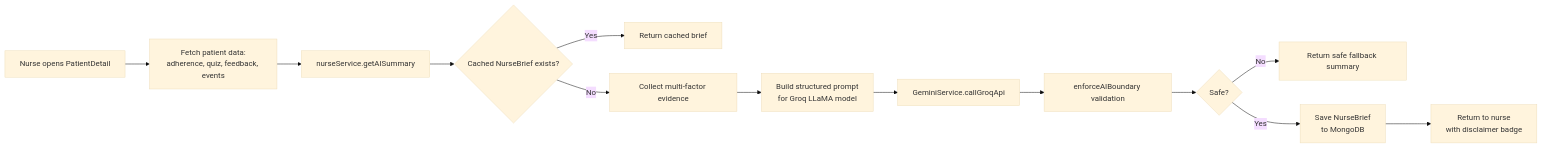
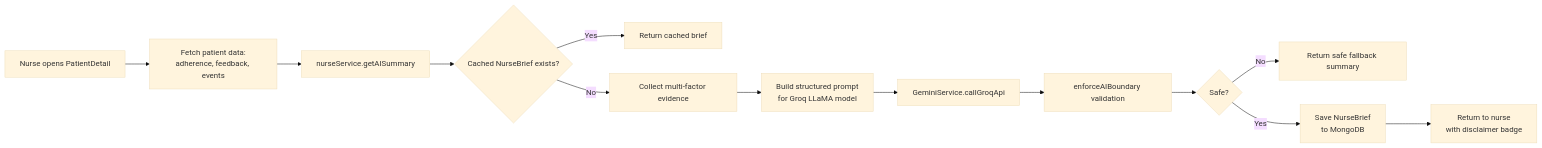
One commit to abhinavshankar17/MediBuddy changed the eighth of 9 diagrams in README.md. Above: the diagram before and after it, drawn with Mermaid (base theme). The commit also changed other lines of this file, not shown here.

````diff
--- a/README.md
+++ b/README.md
@@ -486,15 +445,15 @@
 ```mermaid
 flowchart LR
-    A[Nurse opens PatientDetail] --> B["Fetch patient data:\nadherence, quiz, feedback, events"]
+    A[Nurse opens PatientDetail] --> B["Fetch patient data:\nadherence, feedback, events"]
     B --> C[nurseService.getAISummary]
     C --> D{Cached NurseBrief exists?}
     D -- Yes --> E[Return cached brief]
     D -- No --> F[Collect multi-factor evidence]
     F --> G["Build structured prompt\nfor Groq LLaMA model"]
     G --> H[GeminiService.callGroqApi]
     H --> I[enforceAIBoundary validation]
     I --> J{Safe?}
     J -- No --> K[Return safe fallback summary]
     J -- Yes --> L["Save NurseBrief\nto MongoDB"]
     L --> M["Return to nurse\nwith disclaimer badge"]
 ```
````
